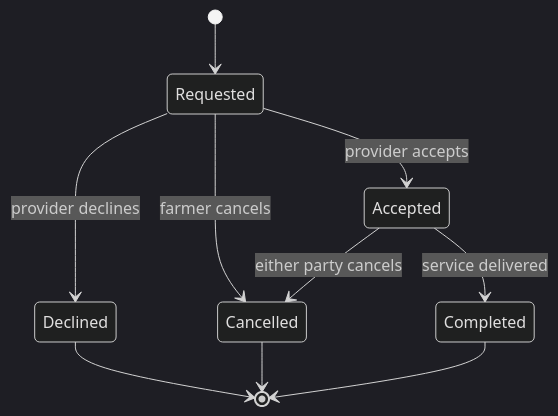
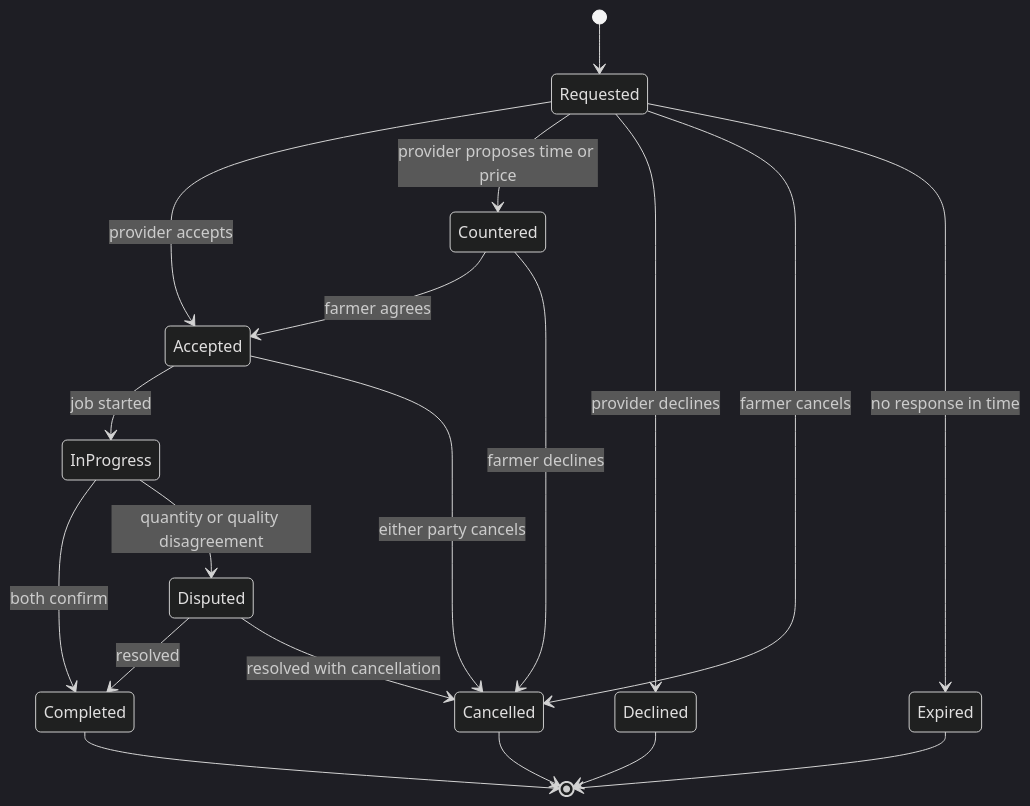
One commit to sadikuzzamantarek/FarmHelp changed the third of 13 diagrams in FarmerHelper/docs/doc.md. Above: the diagram before and after it, drawn with Mermaid (dark theme). The commit also changed other lines of this file and 31 other files, not shown here.

````diff
--- a/FarmerHelper/docs/doc.md
+++ b/FarmerHelper/docs/doc.md
@@ -407,12 +522,21 @@
 ```mermaid
 stateDiagram-v2
     [*] --> Requested
     Requested --> Accepted: provider accepts
+    Requested --> Countered: provider proposes time or price
     Requested --> Declined: provider declines
     Requested --> Cancelled: farmer cancels
-    Accepted --> Completed: service delivered
+    Requested --> Expired: no response in time
+    Countered --> Accepted: farmer agrees
+    Countered --> Cancelled: farmer declines
+    Accepted --> InProgress: job started
     Accepted --> Cancelled: either party cancels
+    InProgress --> Completed: both confirm
+    InProgress --> Disputed: quantity or quality disagreement
+    Disputed --> Completed: resolved
+    Disputed --> Cancelled: resolved with cancellation
     Declined --> [*]
+    Expired --> [*]
     Cancelled --> [*]
     Completed --> [*]
 ```
````
